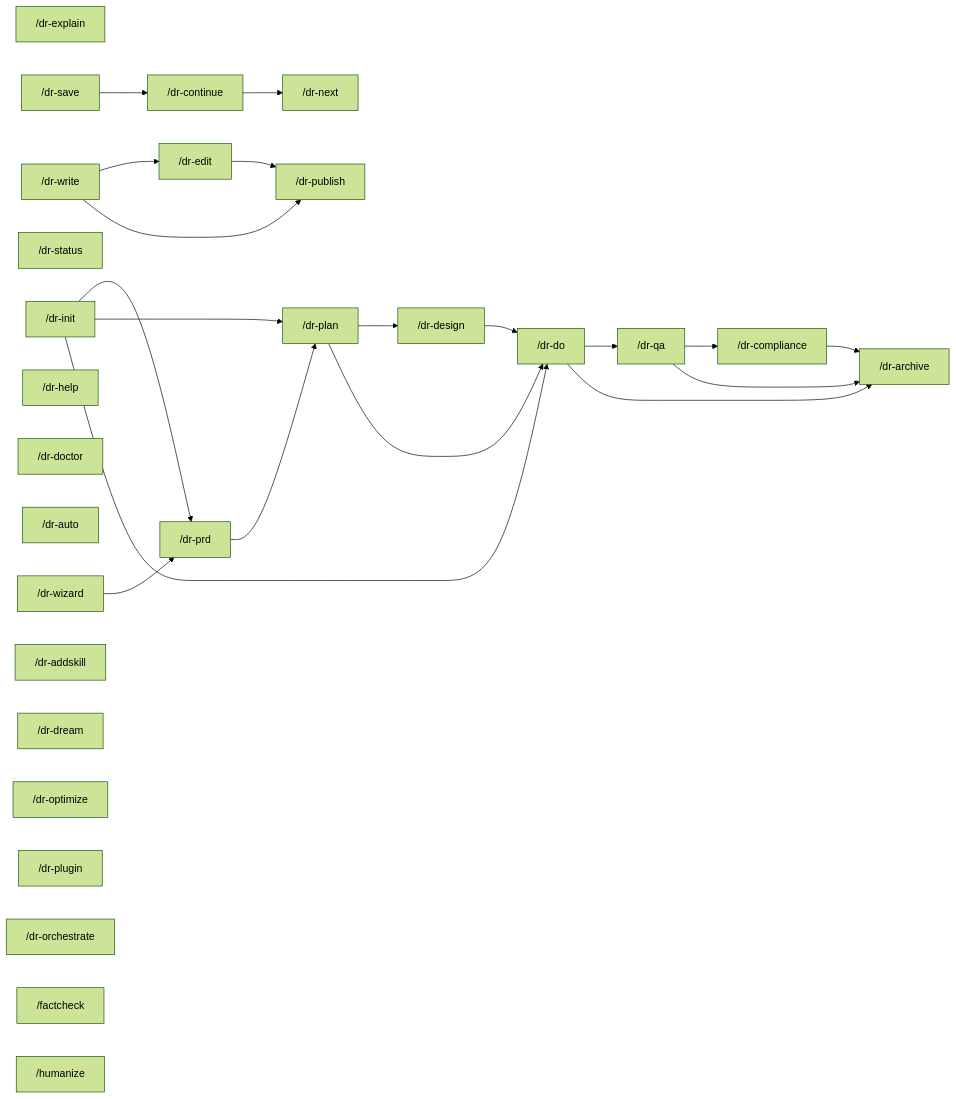
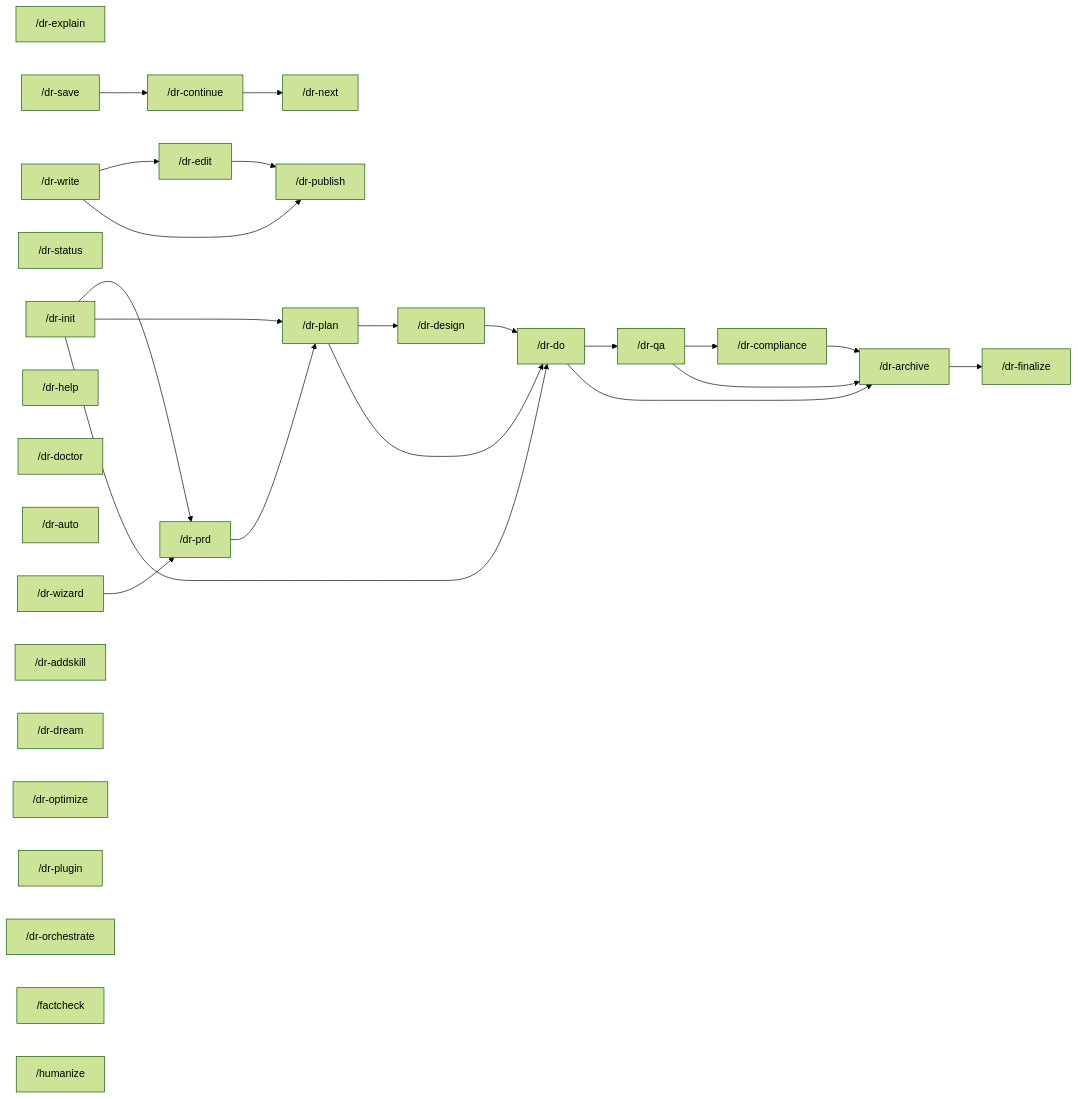
The diagram in skills/visual-maps/command-dependencies.md (Arcanada-one/datarim), drawn with Mermaid (forest theme) before and after one commit. The commit also changed other lines of this file and 60 other files, not shown here.

````diff
--- a/skills/visual-maps/command-dependencies.md
+++ b/skills/visual-maps/command-dependencies.md
@@ -7,33 +7,34 @@
 ```mermaid
 graph LR
     dr-explain["/dr-explain"]
     dr-init["/dr-init"] --> dr-prd["/dr-prd"]
     dr-init["/dr-init"] --> dr-plan["/dr-plan"]
     dr-init["/dr-init"] --> dr-do["/dr-do"]
     dr-prd["/dr-prd"] --> dr-plan["/dr-plan"]
     dr-wizard["/dr-wizard"] --> dr-prd["/dr-prd"]
     dr-plan["/dr-plan"] --> dr-design["/dr-design"]
     dr-plan["/dr-plan"] --> dr-do["/dr-do"]
     dr-design["/dr-design"] --> dr-do["/dr-do"]
     dr-do["/dr-do"] --> dr-qa["/dr-qa"]
     dr-do["/dr-do"] --> dr-archive["/dr-archive"]
     dr-qa["/dr-qa"] --> dr-compliance["/dr-compliance"]
     dr-qa["/dr-qa"] --> dr-archive["/dr-archive"]
     dr-compliance["/dr-compliance"] --> dr-archive["/dr-archive"]
+    dr-archive["/dr-archive"] --> dr-finalize["/dr-finalize"]
     dr-status["/dr-status"]
     dr-save["/dr-save"] --> dr-continue["/dr-continue"]
     dr-continue["/dr-continue"] --> dr-next["/dr-next"]
     dr-help["/dr-help"]
     dr-doctor["/dr-doctor"]
     dr-auto["/dr-auto"]
     dr-write["/dr-write"] --> dr-edit["/dr-edit"]
     dr-write["/dr-write"] --> dr-publish["/dr-publish"]
     dr-edit["/dr-edit"] --> dr-publish["/dr-publish"]
     dr-addskill["/dr-addskill"]
     dr-dream["/dr-dream"]
     dr-optimize["/dr-optimize"]
     dr-plugin["/dr-plugin"]
     dr-orchestrate["/dr-orchestrate"]
     factcheck["/factcheck"]
     humanize["/humanize"]
 ```
````
